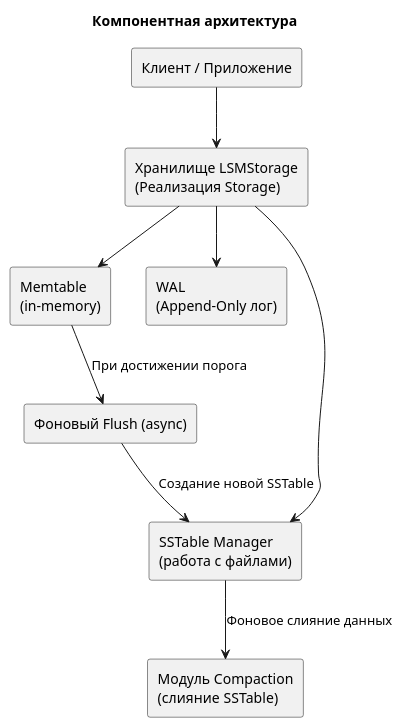
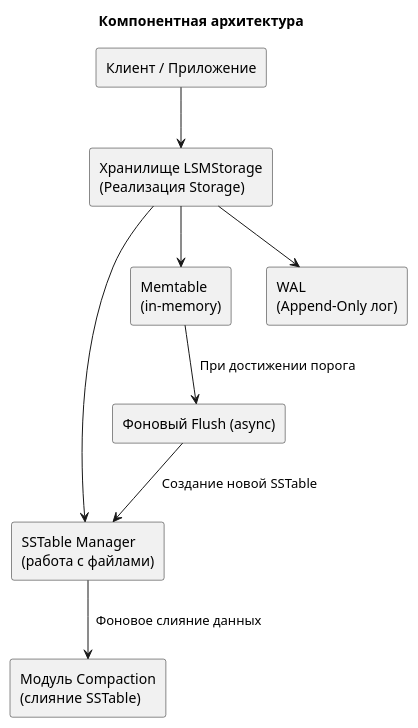
Before and after one commit to axothy/storage: the first of 2 diagrams in Writerside/topics/storage.md, drawn with PlantUML. The commit also changed other lines of this file and 6 other files, not shown here.

```diff
--- a/Writerside/topics/storage.md
+++ b/Writerside/topics/storage.md
@@ -123,28 +123,28 @@
 @startuml "Компонентная архитектура (Блок-схема)"
 
 title Компонентная архитектура
 
 rectangle "Клиент / Приложение" as Client
 rectangle "Хранилище LSMStorage\n(Реализация Storage)" as Storage
 
 rectangle "Memtable\n(in-memory)" as Memtable
 rectangle "WAL\n(Append-Only лог)" as WAL
 rectangle "SSTable Manager\n(работа с файлами)" as SSTableMgr
 
 rectangle "Фоновый Flush (async)" as Flush
 rectangle "Модуль Compaction\n(слияние SSTable)" as Compaction
 
 ' Основной поток
 Client --> Storage
 Storage --> Memtable
 Storage --> WAL
-Storage --> SSTableMgr
+Storage -> SSTableMgr
 
 ' Связь для flush
-Memtable --> Flush : "При достижении порога"
-Flush --> SSTableMgr : "Создание новой SSTable"
+Memtable --> Flush : "  При достижении порога"
+Flush --> SSTableMgr : "  Создание новой SSTable"
 
 ' Связь для compaction
-SSTableMgr --> Compaction : "Фоновое слияние данных"
+SSTableMgr --> Compaction : "  Фоновое слияние данных"
 
 @enduml
```
